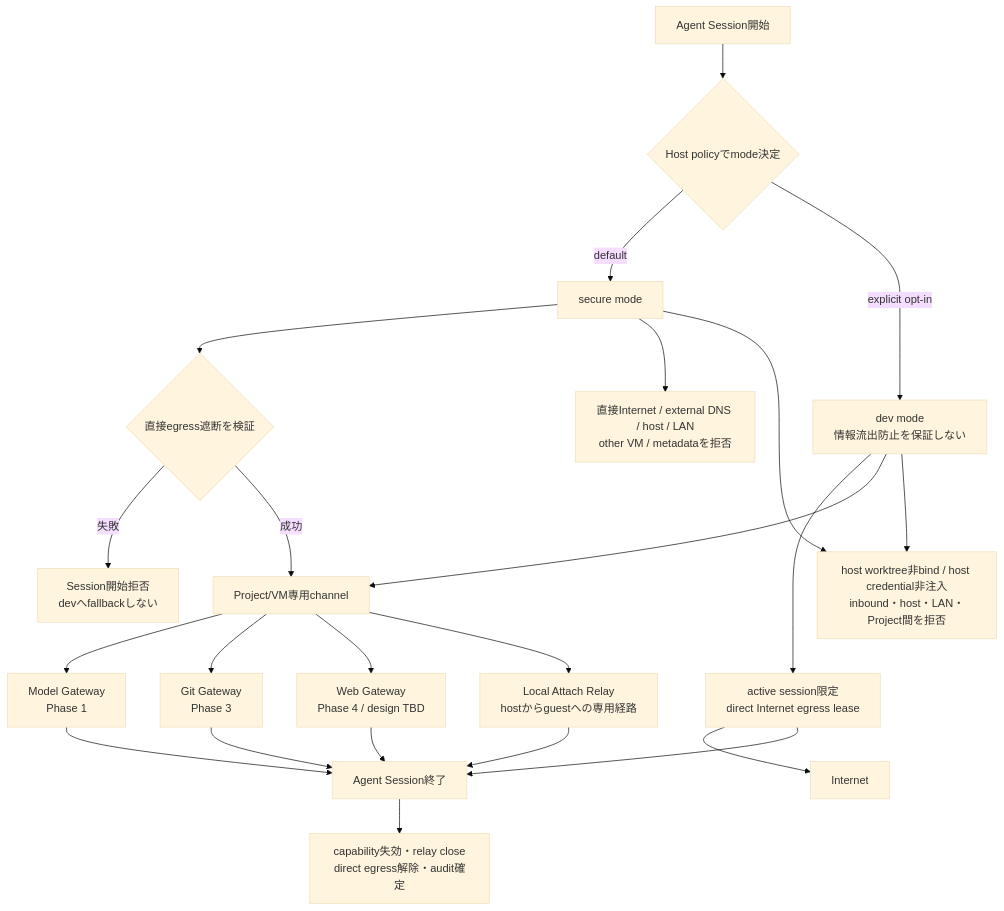
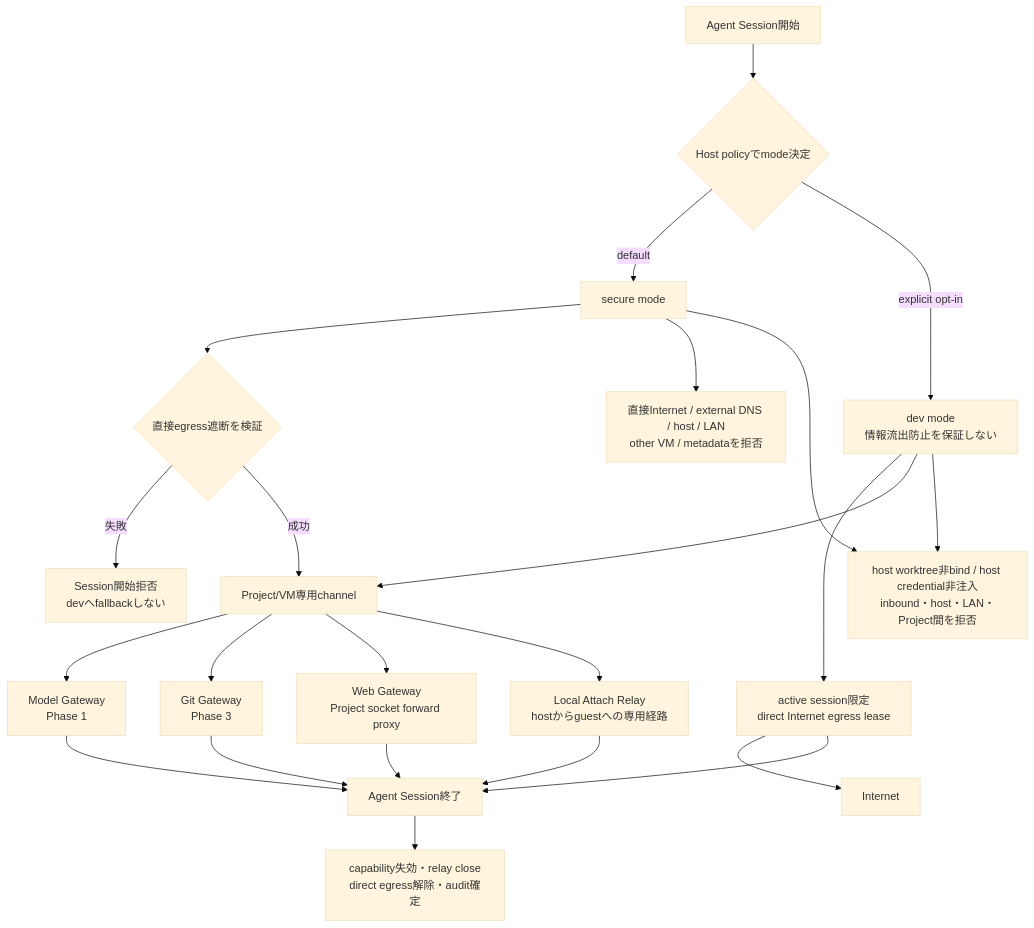
Before and after one commit to Haruka-127/sunaba: the fourth of 4 diagrams in docs/plan/sunaba-secure-agent-platform.md, drawn with Mermaid (base theme). The commit also changed other lines of this file and 3 other files, not shown here.

````diff
--- a/docs/plan/sunaba-secure-agent-platform.md
+++ b/docs/plan/sunaba-secure-agent-platform.md
@@ -538,29 +538,29 @@
 ```mermaid
 flowchart TB
     Start["Agent Session開始"] --> Mode{"Host policyでmode決定"}
 
     Mode -->|default| Secure["secure mode"]
     Secure --> Verify{"直接egress遮断を検証"}
     Verify -->|失敗| Fail["Session開始拒否<br/>devへfallbackしない"]
     Verify -->|成功| Channels["Project/VM専用channel"]
     Secure --> Deny["直接Internet / external DNS / host / LAN<br/>other VM / metadataを拒否"]
 
     Mode -->|explicit opt-in| Dev["dev mode<br/>情報流出防止を保証しない"]
     Dev --> Lease["active session限定<br/>direct Internet egress lease"]
     Dev --> Channels
 
     Channels --> Model["Model Gateway<br/>Phase 1"]
     Channels --> Git["Git Gateway<br/>Phase 3"]
-    Channels --> Web["Web Gateway<br/>Phase 4 / design TBD"]
+    Channels --> Web["Web Gateway<br/>Project socket forward proxy"]
     Channels --> Attach["Local Attach Relay<br/>hostからguestへの専用経路"]
     Lease --> Internet["Internet"]
 
     Secure --> Common["host worktree非bind / host credential非注入<br/>inbound・host・LAN・Project間を拒否"]
     Dev --> Common
     Model --> End["Agent Session終了"]
     Git --> End
     Web --> End
     Attach --> End
     Lease --> End
     End --> Revoke["capability失効・relay close<br/>direct egress解除・audit確定"]
 ```
````
